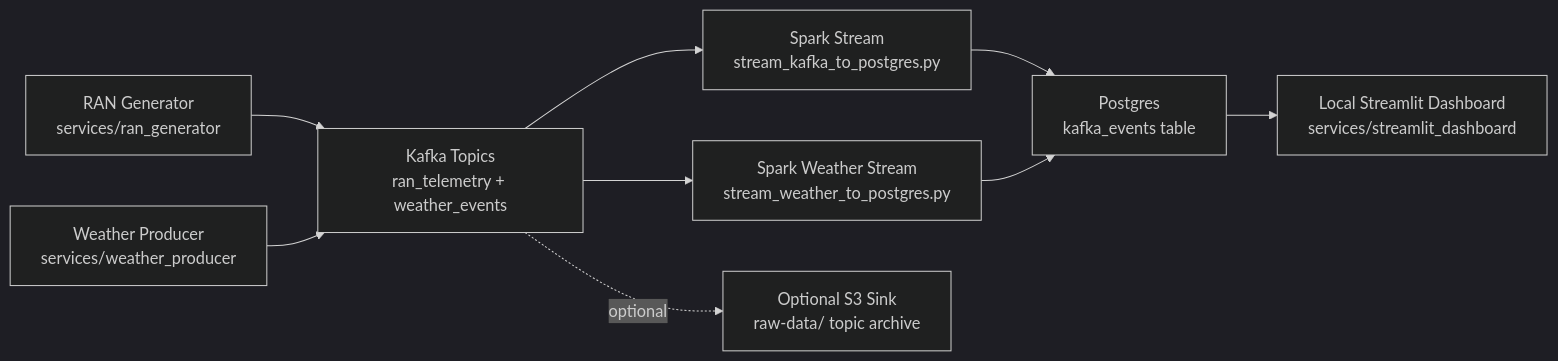
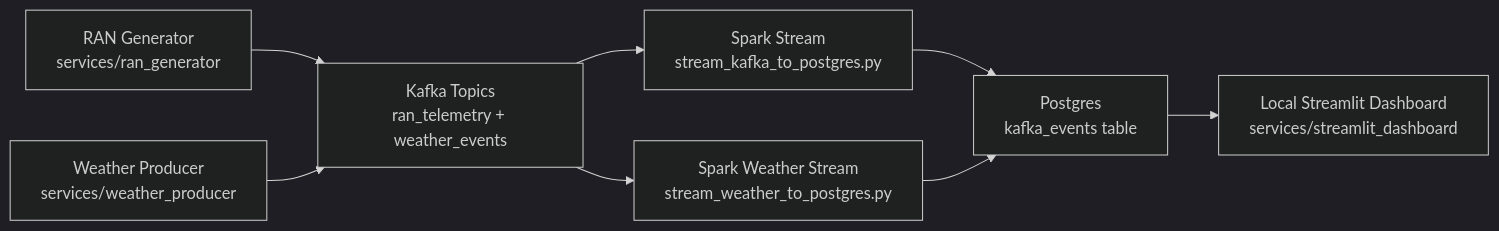
Before and after one commit to ahmedbassiouny7/Tower-Health: the second of 2 diagrams in README.md, drawn with Mermaid (dark theme).

Commit message:
Remove optional S3 sink from streaming diagram

````diff
--- a/README.md
+++ b/README.md
@@ -95,20 +95,18 @@
 ```mermaid
 flowchart LR
     ran["RAN Generator<br/>services/ran_generator"]
     weather["Weather Producer<br/>services/weather_producer"]
     kafka["Kafka Topics<br/>ran_telemetry + weather_events"]
     sparkRan["Spark Stream<br/>stream_kafka_to_postgres.py"]
     sparkWeather["Spark Weather Stream<br/>stream_weather_to_postgres.py"]
     postgres["Postgres<br/>kafka_events table"]
     dashboard["Local Streamlit Dashboard<br/>services/streamlit_dashboard"]
-    s3["Optional S3 Sink<br/>raw-data/ topic archive"]
 
     ran --> kafka
     weather --> kafka
     kafka --> sparkRan
     kafka --> sparkWeather
-    kafka -. optional .-> s3
     sparkRan --> postgres
     sparkWeather --> postgres
     postgres --> dashboard
 ```
````
